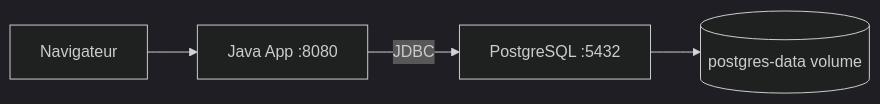
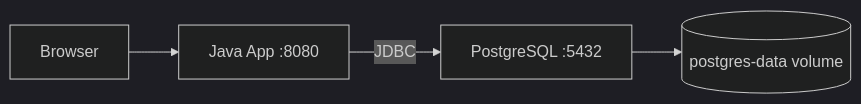
One commit to RustyHammer/docker-compose-stacks changed the diagram in java-postgres/README.md. Above: the diagram before and after it, drawn with Mermaid (dark theme). The commit also changed other lines of this file and 2 other files, not shown here.

````diff
--- a/java-postgres/README.md
+++ b/java-postgres/README.md
@@ -23,6 +23,6 @@
 ```mermaid
 graph LR
-    U[Navigateur] --> A[Java App :8080]
+    U[Browser] --> A[Java App :8080]
     A -->|JDBC| P[PostgreSQL :5432]
     P --> V[(postgres-data volume)]
 ```
````
